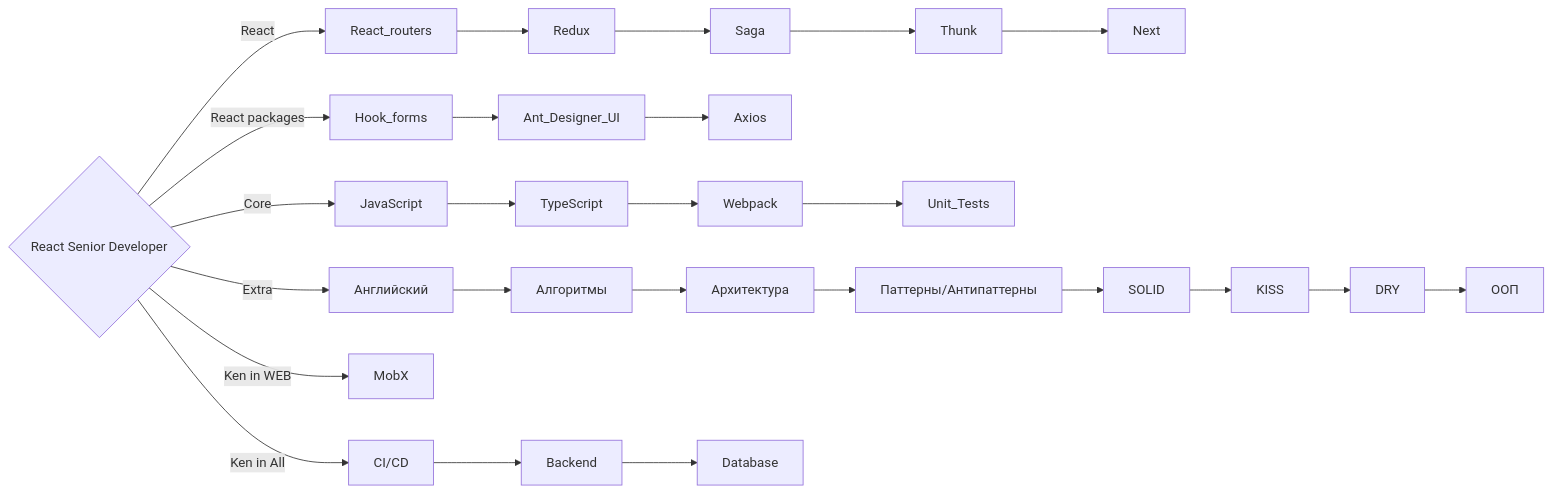
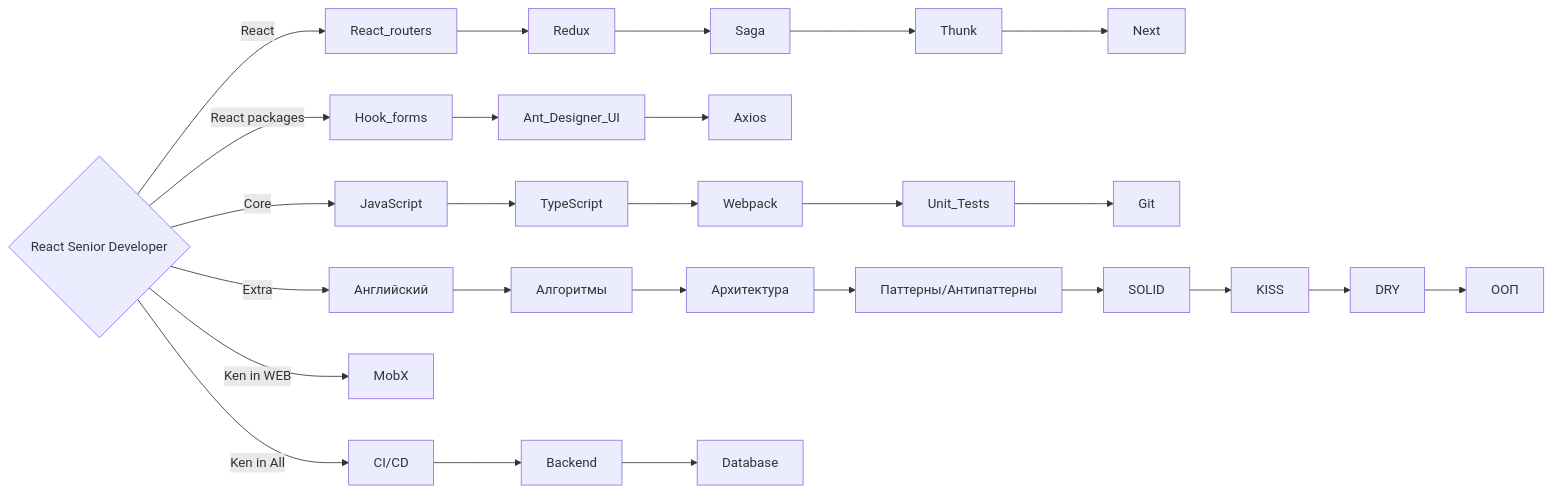
The diagram in README.md (cossack-don/react-help), drawn with Mermaid before and after one commit.

Commit message:
feat: added new title - git

````diff
--- a/README.md
+++ b/README.md
@@ -10,12 +10,12 @@
 ```mermaid
 
    flowchart LR
     
      C{React Senior Developer}
     C -->|React| D[React_routers] --> Redux --> Saga --> Thunk --> Next
     C -->|React packages| X[Hook_forms] --> Ant_Designer_UI --> Axios
-    C -->|Core| E[JavaScript] --> TypeScript --> Webpack --> Unit_Tests
+    C -->|Core| E[JavaScript] --> TypeScript --> Webpack --> Unit_Tests --> Git
     C -->|Extra| G[Английский] --> Алгоритмы --> Архитектура --> Паттерны/Антипаттерны --> SOLID --> KISS --> DRY --> ООП
     C -->|Ken in WEB| W[MobX]
     C -->|Ken in All| Z[CI/CD] --> Backend --> Database
 ```
````
